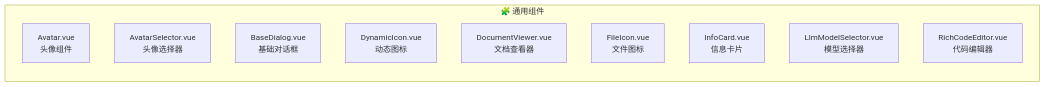
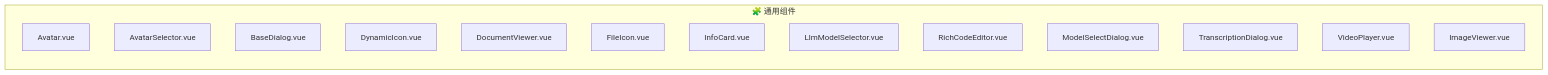
One commit to miaotouy/aio-hub changed diagram 12 of 13 in docs/llm-chat-ui-structure.md. Above: the diagram before and after it, drawn with Mermaid. The commit also changed other lines of this file, not shown here.

First line of the commit message:
docs(llm-chat-ui-structure): 更新 LLM Chat UI 结构文档

````diff
--- a/docs/llm-chat-ui-structure.md
+++ b/docs/llm-chat-ui-structure.md
@@ -411,14 +478,18 @@
 ```mermaid
 flowchart LR
     subgraph CommonComponents["🧩 通用组件"]
-        Avatar["Avatar.vue<br/>头像组件"]
-        AvatarSelector["AvatarSelector.vue<br/>头像选择器"]
-        BaseDialog["BaseDialog.vue<br/>基础对话框"]
-        DynamicIcon["DynamicIcon.vue<br/>动态图标"]
-        DocumentViewer["DocumentViewer.vue<br/>文档查看器"]
-        FileIcon["FileIcon.vue<br/>文件图标"]
-        InfoCard["InfoCard.vue<br/>信息卡片"]
-        LlmModelSelector["LlmModelSelector.vue<br/>模型选择器"]
-        RichCodeEditor["RichCodeEditor.vue<br/>代码编辑器"]
+        Avatar["Avatar.vue"]
+        AvatarSelector["AvatarSelector.vue"]
+        BaseDialog["BaseDialog.vue"]
+        DynamicIcon["DynamicIcon.vue"]
+        DocumentViewer["DocumentViewer.vue"]
+        FileIcon["FileIcon.vue"]
+        InfoCard["InfoCard.vue"]
+        LlmModelSelector["LlmModelSelector.vue"]
+        RichCodeEditor["RichCodeEditor.vue"]
+        ModelSelectDialog["ModelSelectDialog.vue"]
+        TranscriptionDialog["TranscriptionDialog.vue"]
+        VideoPlayer["VideoPlayer.vue"]
+        ImageViewer["ImageViewer.vue"]
     end
 ```
````
